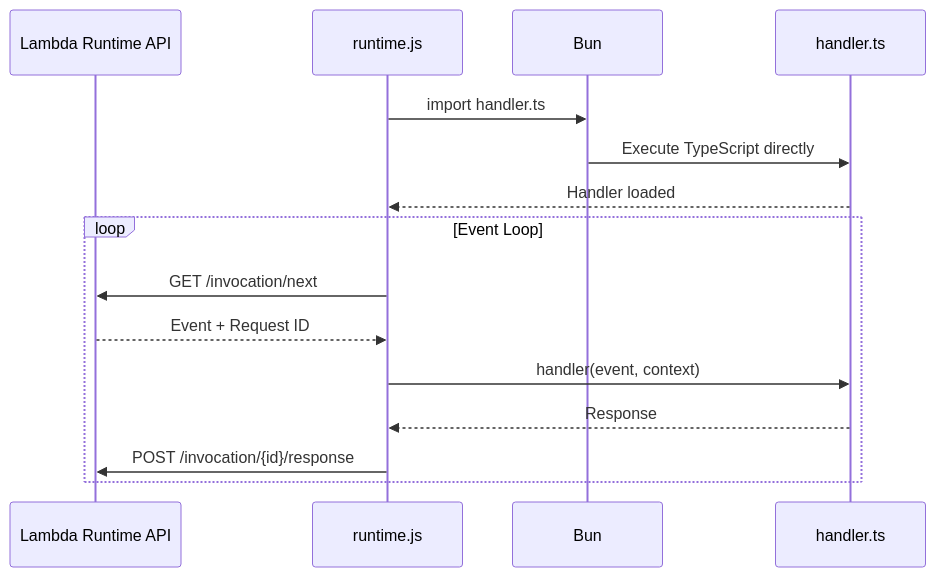
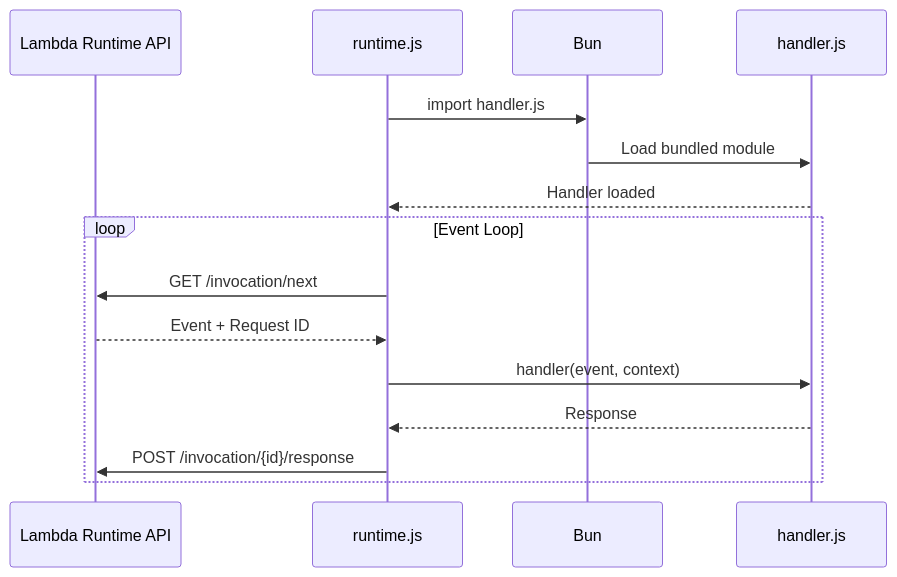
One commit to thadeu/serverless-bun-plugin changed the second of 2 diagrams in README.md. Above: the diagram before and after it, drawn with Mermaid. The commit also changed other lines of this file and 2 other files, not shown here.

````diff
--- a/README.md
+++ b/README.md
@@ -143,19 +144,19 @@
 ```mermaid
 sequenceDiagram
     participant API as Lambda Runtime API
     participant RT as runtime.js
     participant BUN as Bun
-    participant H as handler.ts
+    participant H as handler.js
 
-    RT->>BUN: import handler.ts
-    BUN->>H: Execute TypeScript directly
+    RT->>BUN: import handler.js
+    BUN->>H: Load bundled module
     H-->>RT: Handler loaded
 
     loop Event Loop
         RT->>API: GET /invocation/next
         API-->>RT: Event + Request ID
         RT->>H: handler(event, context)
         H-->>RT: Response
         RT->>API: POST /invocation/{id}/response
     end
 ```
````
